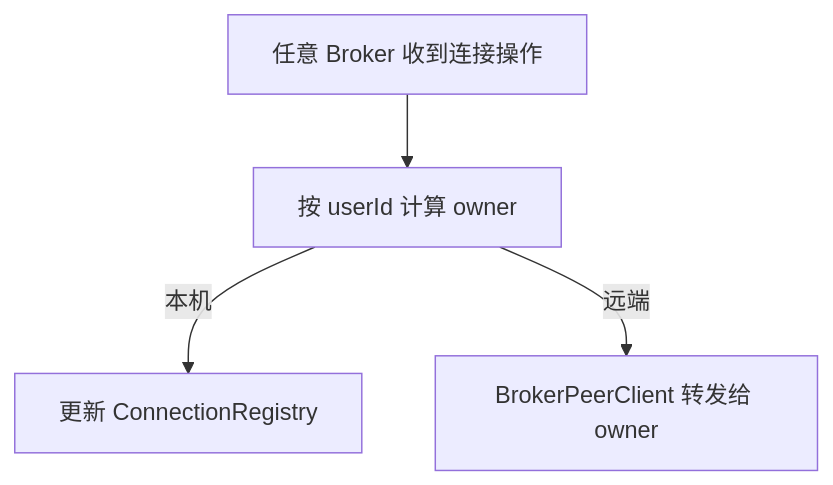
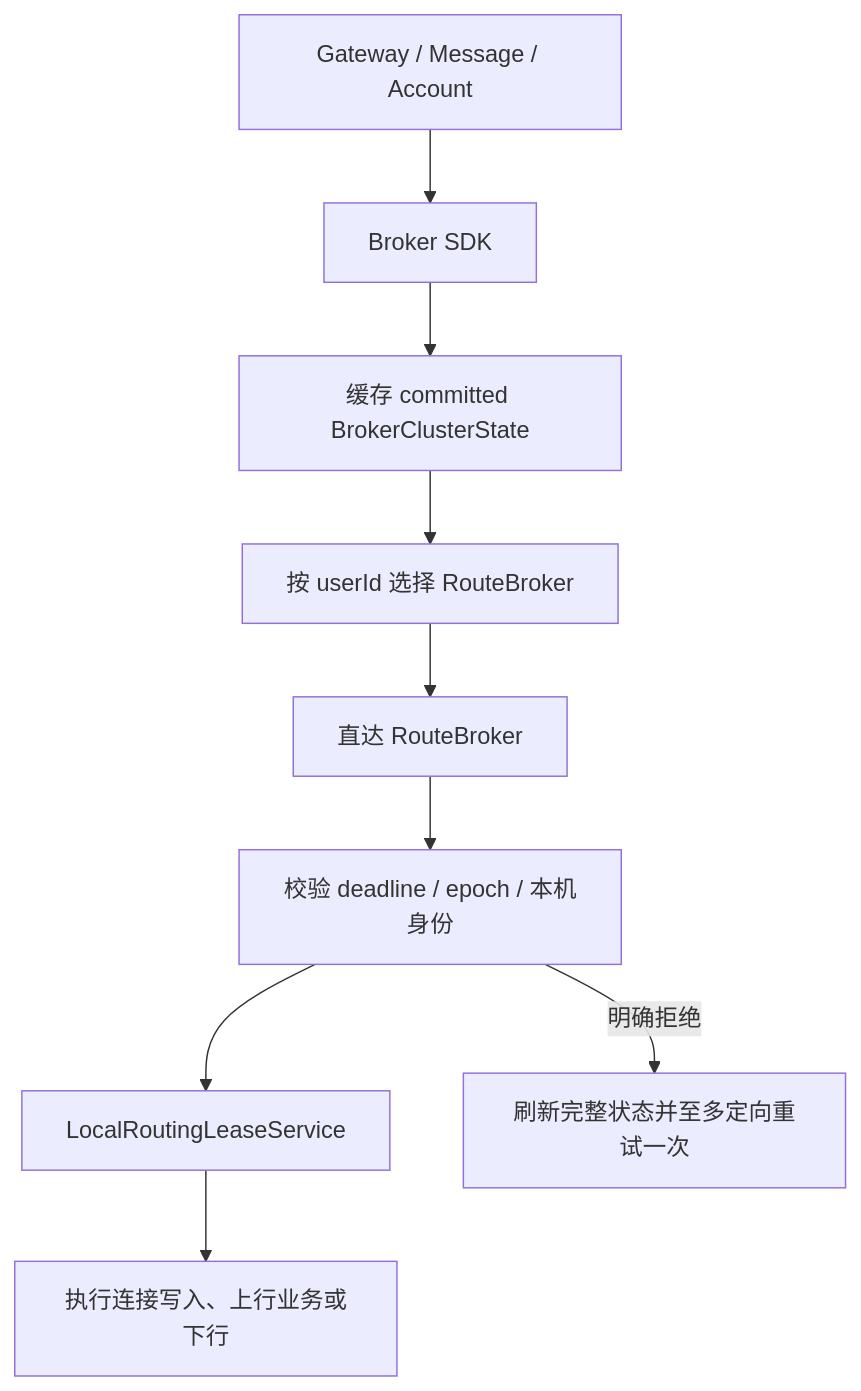
The second of 15 diagrams in im-broker/ARCHITECTURE.md (kc-co9/im-chat), drawn with Mermaid before and after one commit. The commit also changed other lines of this file and 919 other files, not shown here.

````diff
--- a/im-broker/ARCHITECTURE.md
+++ b/im-broker/ARCHITECTURE.md
@@ -18,6 +264,11 @@
 ```mermaid
 flowchart TD
-    Request[任意 Broker 收到连接操作] --> Owner[按 userId 计算 owner]
-    Owner -->|本机| Local[更新 ConnectionRegistry]
-    Owner -->|远端| Forward[BrokerPeerClient 转发给 owner]
+    Caller[Gateway / Message / Account] --> SDK[Broker SDK]
+    SDK --> State[缓存 committed BrokerClusterState]
+    State --> Select[按 userId 选择 RouteBroker]
+    Select --> Direct[直达 RouteBroker]
+    Direct --> Validate[校验 deadline / epoch / 本机身份]
+    Validate --> Guard[LocalRoutingLeaseService]
+    Guard --> Local[执行连接写入、上行业务或下行]
+    Validate -->|明确拒绝| Refresh[刷新完整状态并至多定向重试一次]
 ```
````
